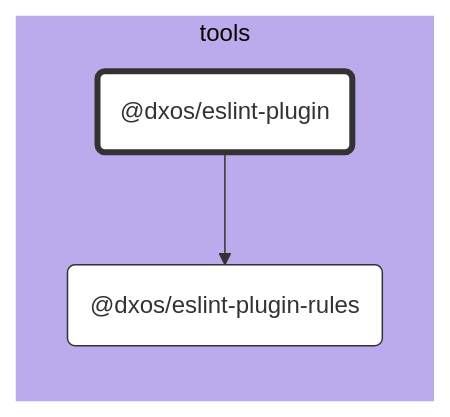
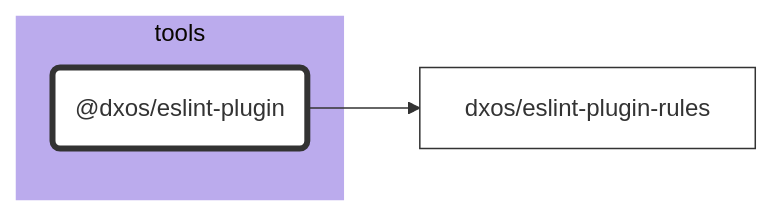
The diagram in tools/eslint-plugin/docs/README.md (dxos/dxos), drawn with Mermaid (base theme) before and after one commit. The commit also changed 84 other files, not shown here.

````diff
--- a/tools/eslint-plugin/docs/README.md
+++ b/tools/eslint-plugin/docs/README.md
@@ -7,29 +7,21 @@
 ```mermaid
 %%{ init: {'flowchart':{'curve':'basis'}} }%%
 
 flowchart LR
 
-%% Links
-dxos/eslint-plugin --> dxos/eslint-plugin-rules;
+%% Classes
+classDef default fill:#fff,stroke:#333,stroke-width:1px
+classDef root fill:#fff,stroke:#333,stroke-width:4px
 
-%% Sections
-subgraph tools
-  style tools fill:#bbabed,stroke:#fff;
+%% Nodes
 
-  dxos/eslint-plugin("@dxos/eslint-plugin")
-  dxos/eslint-plugin-rules("@dxos/eslint-plugin-rules")
+subgraph tools [tools]
+  style tools fill:#bbabed,stroke:#fff
+  dxos/eslint-plugin("@dxos/eslint-plugin"):::root
+  click dxos/eslint-plugin "dxos/dxos/tree/main/tools/eslint-plugin/docs"
 end
 
-
-%% Hyperlinks
-click dxos/eslint-plugin-rules "dxos/dxos/tree/main/tools/eslint-rules/docs";
-
-%% Styles
-classDef rootNode fill:#fff,stroke:#333,stroke-width:4px
-classDef defaultNode fill:#fff,stroke:#333,stroke-width:1px
+%% Links
 linkStyle default stroke:#333,stroke-width:1px
-
-dxos/eslint-plugin:::rootNode
-
-dxos/eslint-plugin-rules:::defaultNode
+dxos/eslint-plugin --> dxos/eslint-plugin-rules
 ```
````
